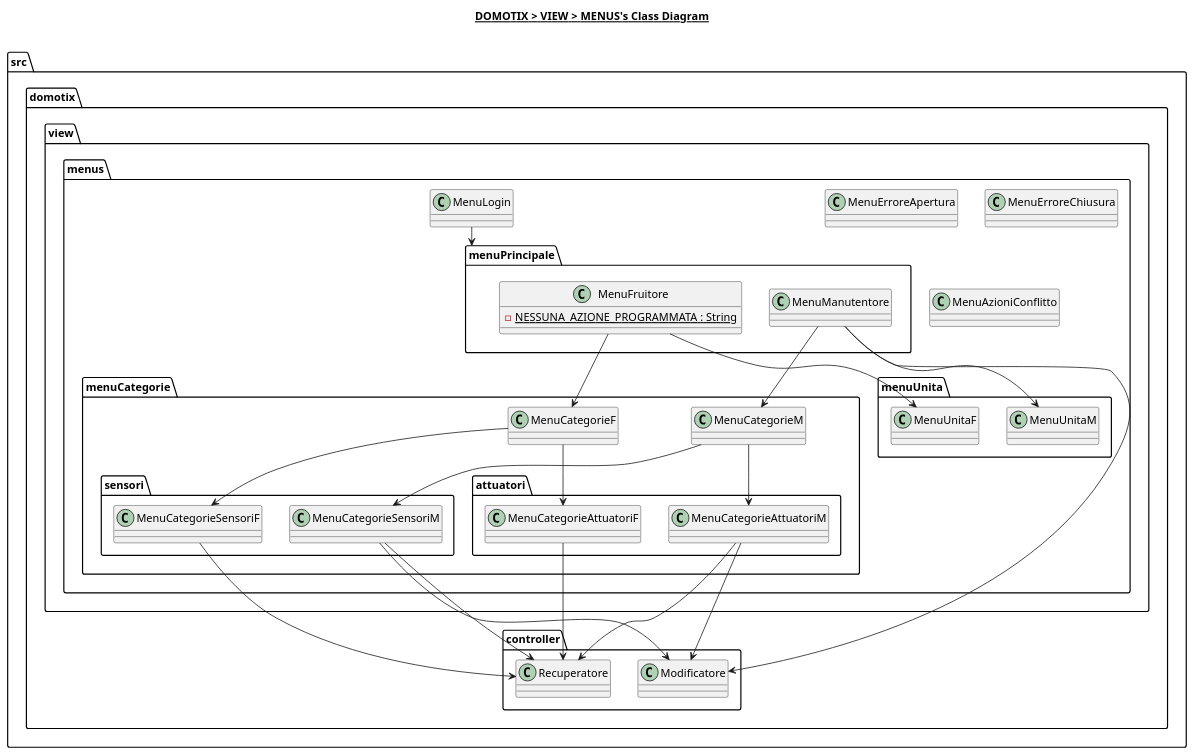
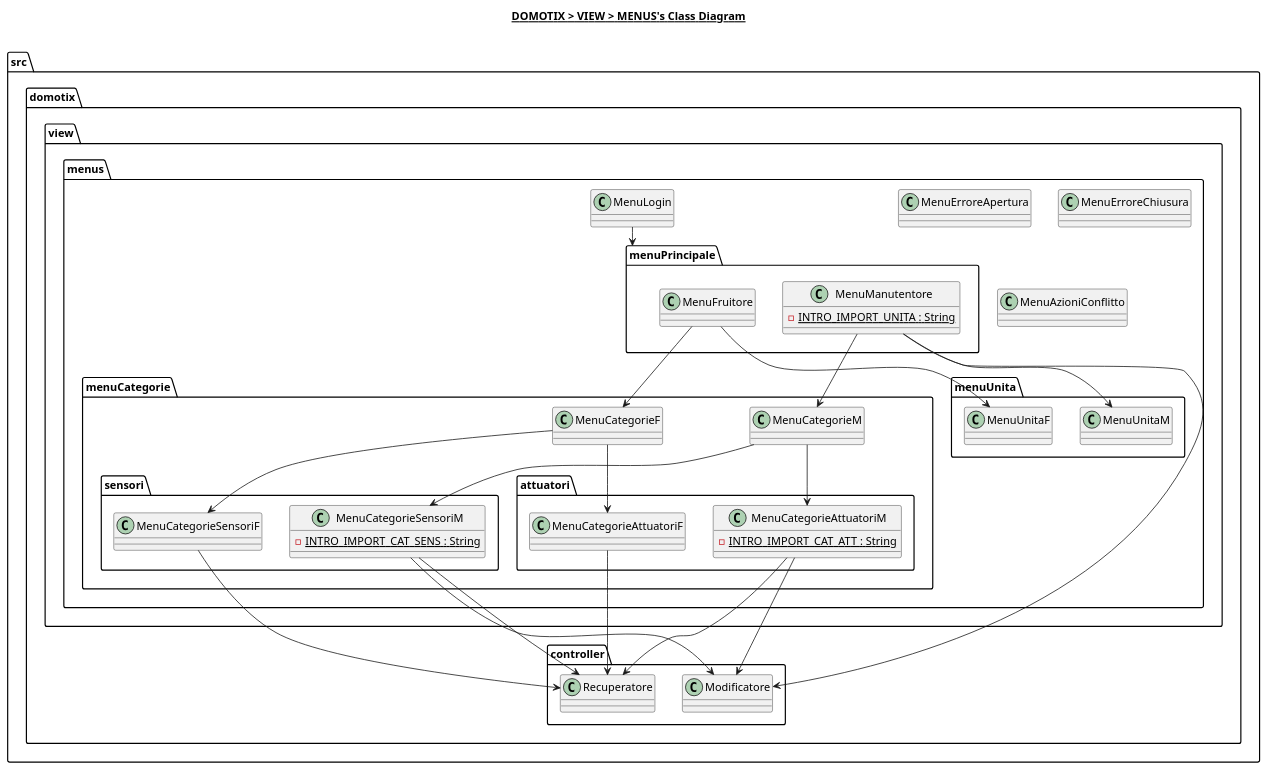
One commit to Edoar-do/Domotix changed the diagram in src/domotix/view/menus/menus.plantuml. Above: the diagram before and after it, drawn with PlantUML. The commit also changed 1 other file, not shown here.

Commit message:
Riporta modifiche in diagrammi V5

```diff
--- a/src/domotix/view/menus/menus.plantuml
+++ b/src/domotix/view/menus/menus.plantuml
@@ -1,73 +1,76 @@
 @startuml
 
 title __DOMOTIX > VIEW > MENUS's Class Diagram__\n
 
 namespace src.domotix.view.menus {
     class src.domotix.view.menus.MenuErroreApertura {
     }
 
     class src.domotix.view.menus.MenuErroreChiusura {
     }
 
     class src.domotix.view.menus.MenuAzioniConflitto {
     }
 
     class src.domotix.view.menus.MenuLogin {
     }
 
     namespace menuPrincipale {
         class src.domotix.view.menus.menuPrincipale.MenuFruitore {
-            {static} - NESSUNA_AZIONE_PROGRAMMATA : String
         }
 
         class src.domotix.view.menus.menuPrincipale.MenuManutentore {
+            {static} - INTRO_IMPORT_UNITA : String
         }
     }
 
     namespace menuCategorie {
         class src.domotix.view.menus.menuCategorie.MenuCategorieF {
         }
 
         class src.domotix.view.menus.menuCategorie.MenuCategorieM {
         }
 
         namespace sensori {
             class src.domotix.view.menus.menuCategorie.sensori.MenuCategorieSensoriF {
             }
 
             class src.domotix.view.menus.menuCategorie.sensori.MenuCategorieSensoriM {
+                {static} - INTRO_IMPORT_CAT_SENS : String
             }
         }
 
         namespace attuatori {
             class src.domotix.view.menus.menuCategorie.attuatori.MenuCategorieAttuatoriF {
             }
 
             class src.domotix.view.menus.menuCategorie.attuatori.MenuCategorieAttuatoriM {
+                {static} - INTRO_IMPORT_CAT_ATT : String
+
             }
         }
     }
 
     namespace menuUnita {
     }
 }
 
 src.domotix.view.menus.MenuLogin --> src.domotix.view.menus.menuPrincipale
 src.domotix.view.menus.menuPrincipale.MenuManutentore --> src.domotix.view.menus.menuUnita.MenuUnitaM
 src.domotix.view.menus.menuPrincipale.MenuFruitore --> src.domotix.view.menus.menuUnita.MenuUnitaF
 src.domotix.view.menus.menuPrincipale.MenuManutentore --> src.domotix.view.menus.menuCategorie.MenuCategorieM
 src.domotix.view.menus.menuPrincipale.MenuFruitore --> src.domotix.view.menus.menuCategorie.MenuCategorieF
 src.domotix.view.menus.menuCategorie.MenuCategorieM --> src.domotix.view.menus.menuCategorie.attuatori.MenuCategorieAttuatoriM
 src.domotix.view.menus.menuCategorie.MenuCategorieM --> src.domotix.view.menus.menuCategorie.sensori.MenuCategorieSensoriM
 src.domotix.view.menus.menuCategorie.MenuCategorieF --> src.domotix.view.menus.menuCategorie.attuatori.MenuCategorieAttuatoriF
 src.domotix.view.menus.menuCategorie.MenuCategorieF --> src.domotix.view.menus.menuCategorie.sensori.MenuCategorieSensoriF
 
 src.domotix.view.menus.menuCategorie.attuatori.MenuCategorieAttuatoriM --> src.domotix.controller.Modificatore
 src.domotix.view.menus.menuCategorie.attuatori.MenuCategorieAttuatoriM --> src.domotix.controller.Recuperatore
 src.domotix.view.menus.menuCategorie.attuatori.MenuCategorieAttuatoriF --> src.domotix.controller.Recuperatore
 src.domotix.view.menus.menuCategorie.sensori.MenuCategorieSensoriM --> src.domotix.controller.Modificatore
 src.domotix.view.menus.menuCategorie.sensori.MenuCategorieSensoriM --> src.domotix.controller.Recuperatore
 src.domotix.view.menus.menuCategorie.sensori.MenuCategorieSensoriF --> src.domotix.controller.Recuperatore
 src.domotix.view.menus.menuPrincipale.MenuManutentore --> src.domotix.controller.Modificatore
 
 @enduml
```
